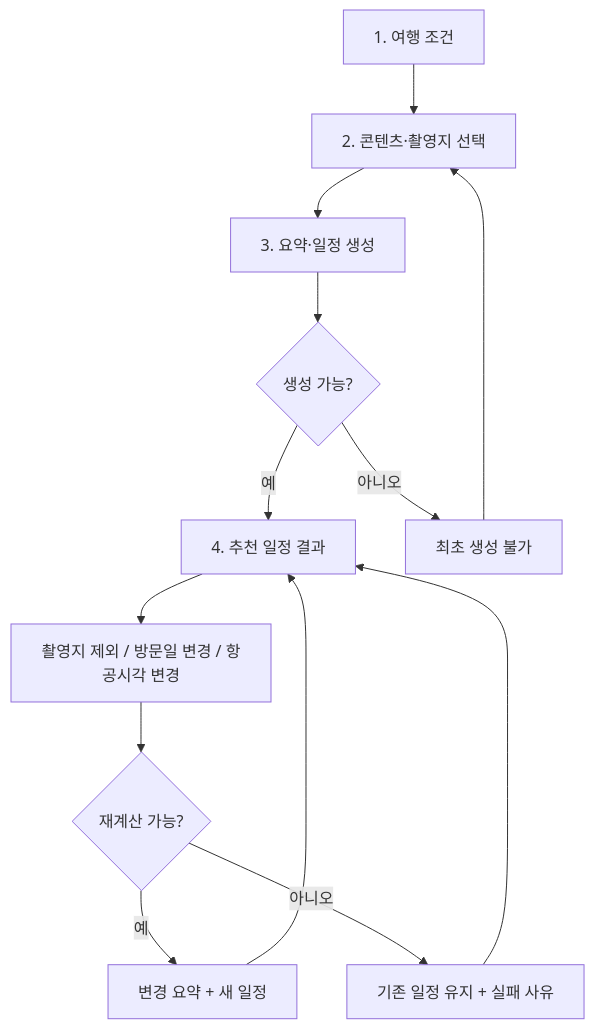
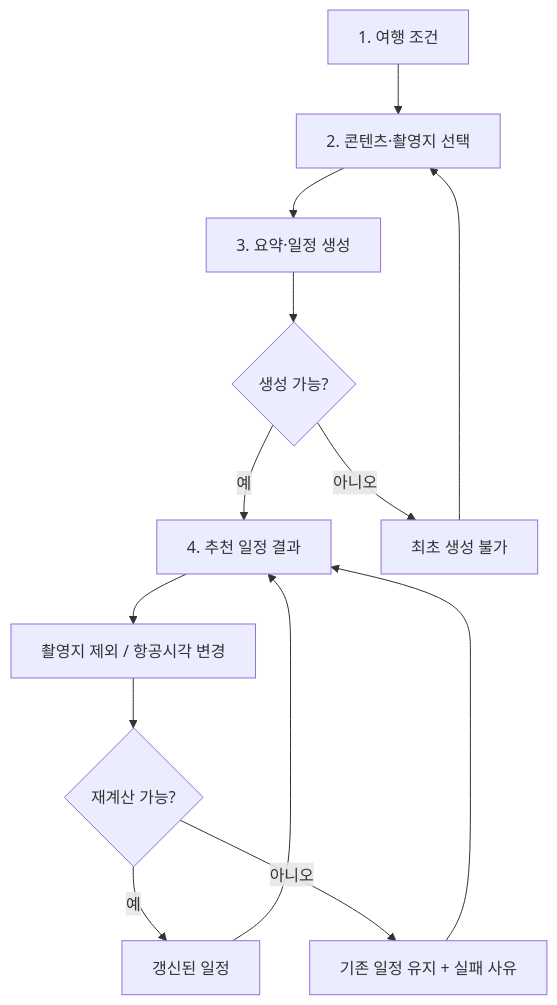
Before and after one commit to Earthworm-jk/Korail_ICN_Hackerthon_2026_Scenaro: the diagram in docs/WIREFRAME_GUIDE.md, drawn with Mermaid. The commit also changed other lines of this file and 4 other files, not shown here.

````diff
--- a/docs/WIREFRAME_GUIDE.md
+++ b/docs/WIREFRAME_GUIDE.md
@@ -195,15 +196,15 @@
 ```mermaid
 flowchart TD
     A["1. 여행 조건"] --> B["2. 콘텐츠·촬영지 선택"]
     B --> C["3. 요약·일정 생성"]
     C --> D{"생성 가능?"}
     D -- "예" --> E["4. 추천 일정 결과"]
     D -- "아니오" --> F["최초 생성 불가"]
     F --> B
-    E --> G["촬영지 제외 / 방문일 변경 / 항공시각 변경"]
+    E --> G["촬영지 제외 / 항공시각 변경"]
     G --> H{"재계산 가능?"}
-    H -- "예" --> I["변경 요약 + 새 일정"]
+    H -- "예" --> I["갱신된 일정"]
     H -- "아니오" --> J["기존 일정 유지 + 실패 사유"]
     I --> E
     J --> E
 ```
````
